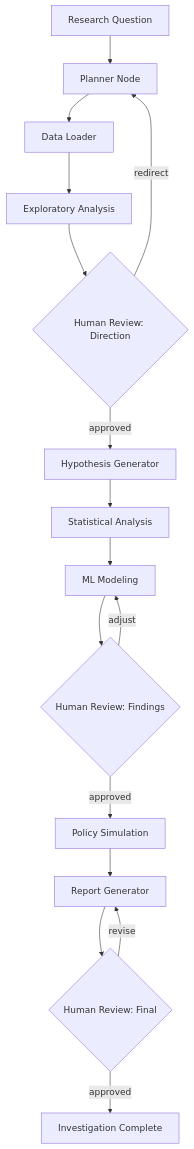
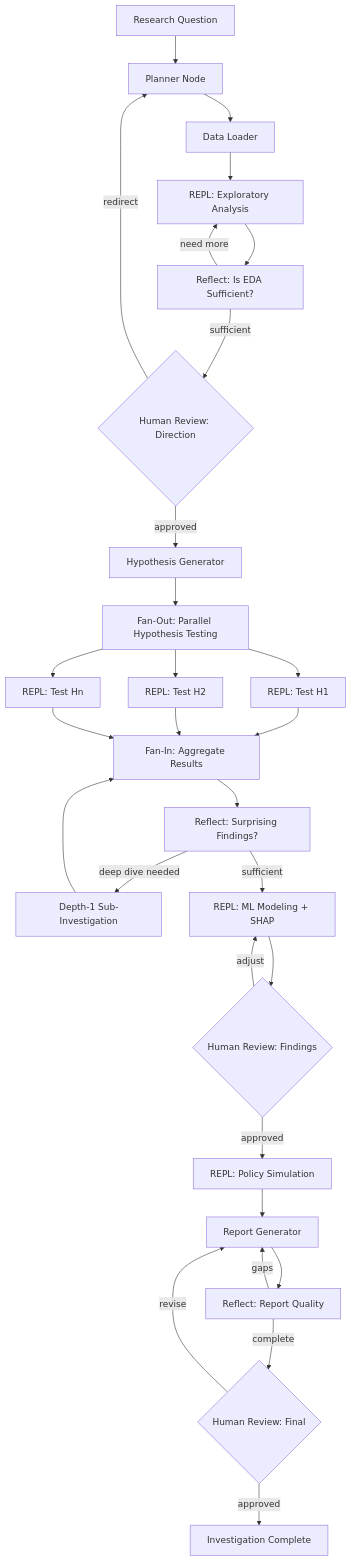
Before and after one commit to gsampaio-rh/health-sus-agent: the diagram in docs/PRD_LANGGRAPH_AGENT.md, drawn with Mermaid. The commit also changed other lines of this file, not shown here.

First line of the commit message:
Update PRD with Python REPL, recursive subagents, and reflection loops

````diff
--- a/docs/PRD_LANGGRAPH_AGENT.md
+++ b/docs/PRD_LANGGRAPH_AGENT.md
@@ -40,18 +58,31 @@
 ```mermaid
 graph TD
     Input[Research Question] --> Planner[Planner Node]
     Planner --> DataLoader[Data Loader]
-    DataLoader --> EDA[Exploratory Analysis]
-    EDA --> Checkpoint1{Human Review: Direction}
+    DataLoader --> CodeExec1[REPL: Exploratory Analysis]
+    CodeExec1 --> Reflect1[Reflect: Is EDA Sufficient?]
+    Reflect1 -->|need more| CodeExec1
+    Reflect1 -->|sufficient| Checkpoint1{Human Review: Direction}
     Checkpoint1 -->|approved| HypothesisGen[Hypothesis Generator]
     Checkpoint1 -->|redirect| Planner
-    HypothesisGen --> StatAnalysis[Statistical Analysis]
-    StatAnalysis --> MLModeling[ML Modeling]
-    MLModeling --> Checkpoint2{Human Review: Findings}
-    Checkpoint2 -->|approved| Simulation[Policy Simulation]
-    Checkpoint2 -->|adjust| MLModeling
-    Simulation --> Reporter[Report Generator]
-    Reporter --> Checkpoint3{Human Review: Final}
+    HypothesisGen --> FanOut[Fan-Out: Parallel Hypothesis Testing]
+    FanOut --> CodeExecH1[REPL: Test H1]
+    FanOut --> CodeExecH2[REPL: Test H2]
+    FanOut --> CodeExecHN[REPL: Test Hn]
+    CodeExecH1 --> FanIn[Fan-In: Aggregate Results]
+    CodeExecH2 --> FanIn
+    CodeExecHN --> FanIn
+    FanIn --> Reflect2[Reflect: Surprising Findings?]
+    Reflect2 -->|deep dive needed| SubAgent[Depth-1 Sub-Investigation]
+    SubAgent --> FanIn
+    Reflect2 -->|sufficient| CodeExecML[REPL: ML Modeling + SHAP]
+    CodeExecML --> Checkpoint2{Human Review: Findings}
+    Checkpoint2 -->|approved| CodeExecSim[REPL: Policy Simulation]
+    Checkpoint2 -->|adjust| CodeExecML
+    CodeExecSim --> Reporter[Report Generator]
+    Reporter --> Reflect3[Reflect: Report Quality]
+    Reflect3 -->|gaps| Reporter
+    Reflect3 -->|complete| Checkpoint3{Human Review: Final}
     Checkpoint3 -->|approved| Done[Investigation Complete]
     Checkpoint3 -->|revise| Reporter
 ```
````
